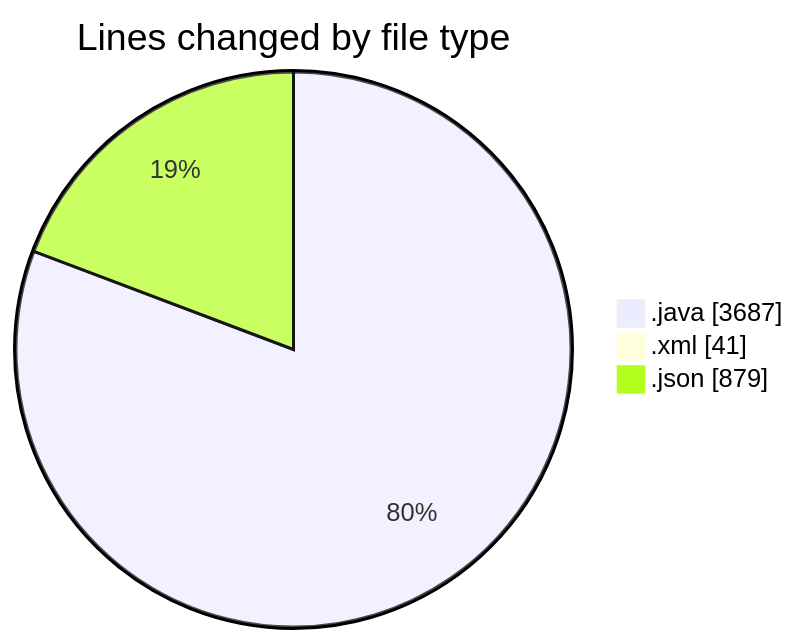
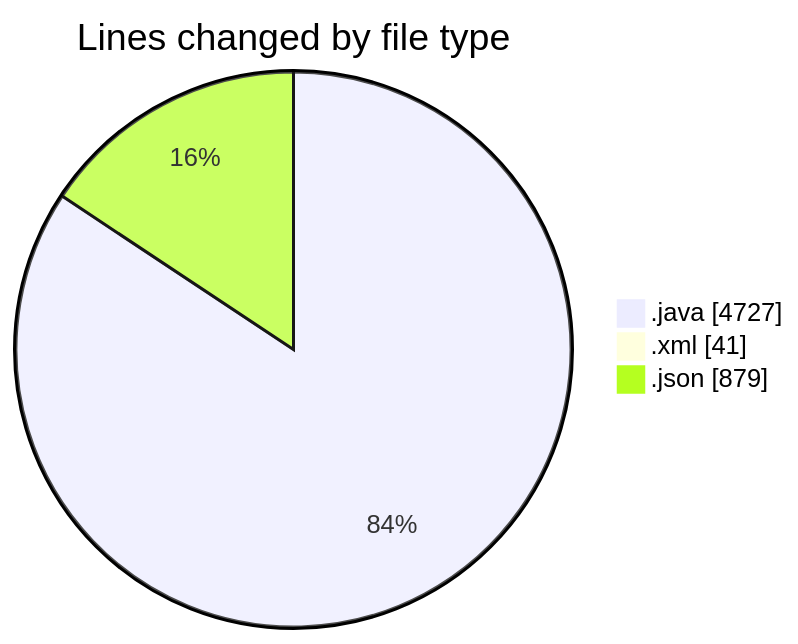
Before and after one commit to ricardozamudiocil/code-tracking: the first of 2 diagrams in 2026-03-10/cilapp/README.md, drawn with Mermaid. The commit also changed other lines of this file and 1 other file, not shown here.

````diff
--- a/2026-03-10/cilapp/README.md
+++ b/2026-03-10/cilapp/README.md
@@ -23,7 +25,7 @@
 ```mermaid
 pie showData
 title Lines changed by file type
-".java" : 3687
+".java" : 4727
 ".xml" : 41
 ".json" : 879
 ```
````
